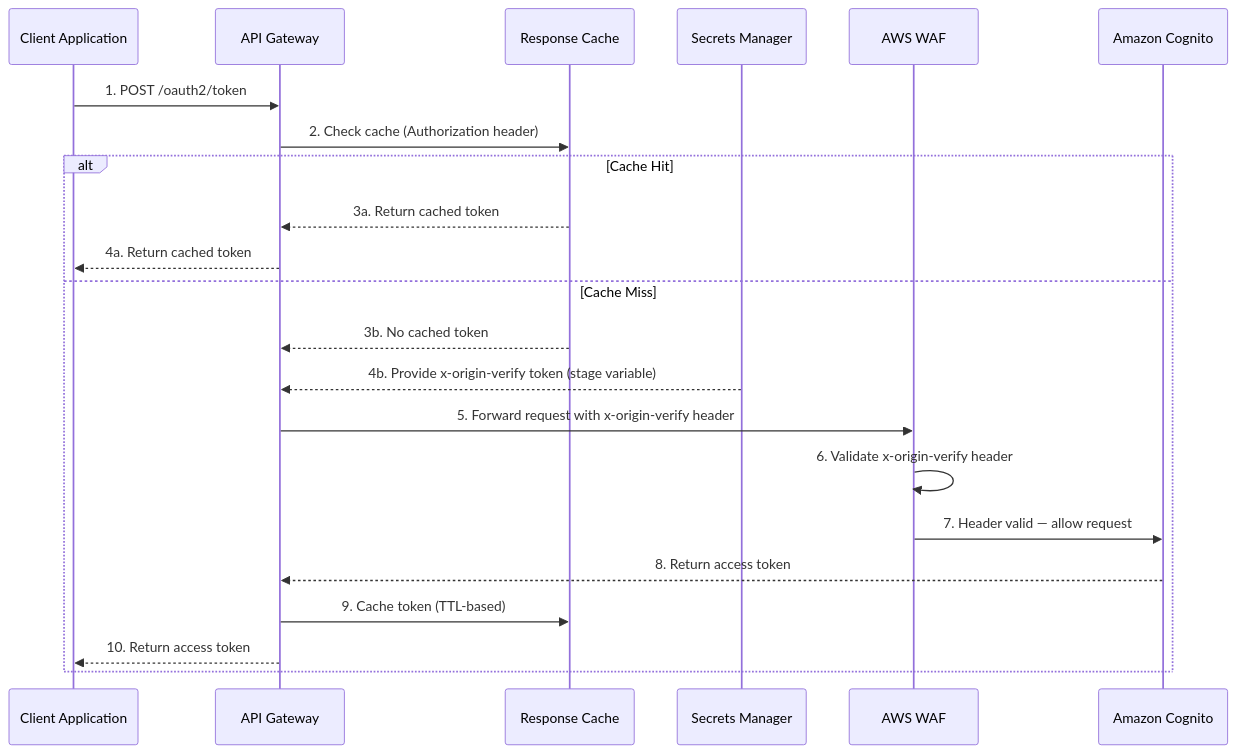
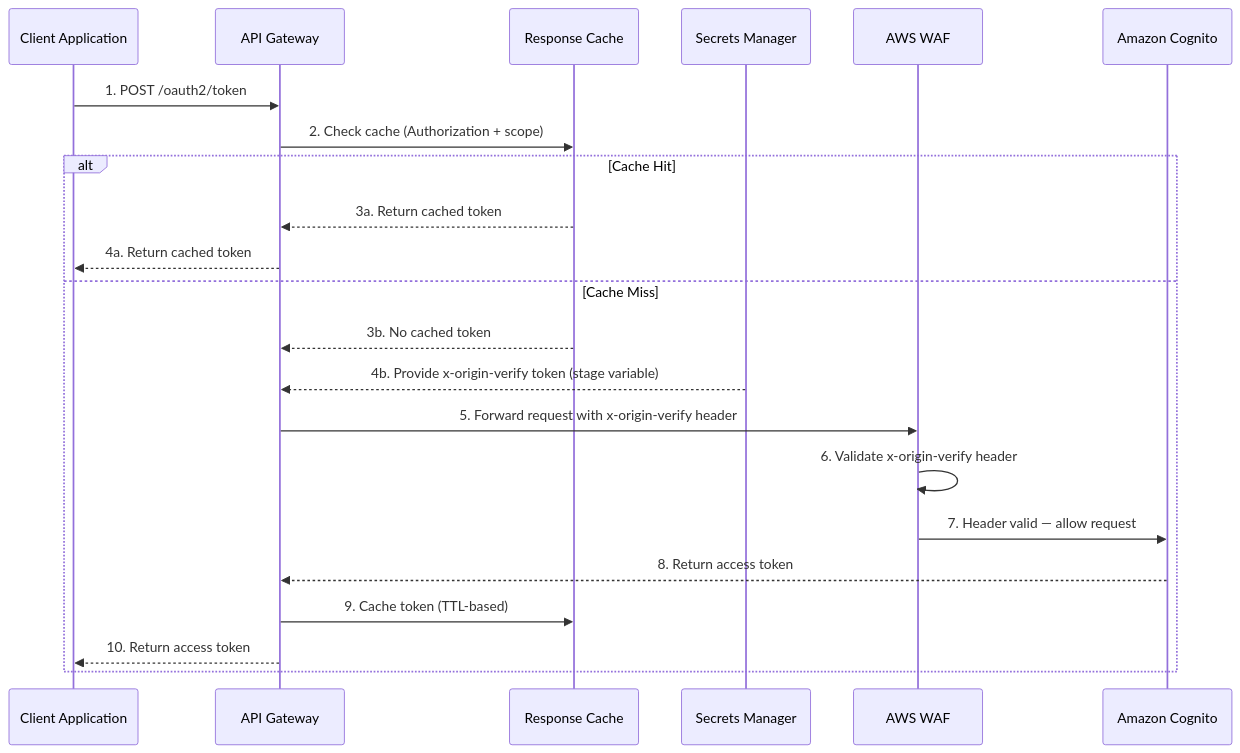
One commit to aws-samples/sample-cognito-m2m-token-cache-on-aws changed the second of 2 diagrams in README.md. Above: the diagram before and after it, drawn with Mermaid. The commit also changed other lines of this file and 4 other files, not shown here.

First line of the commit message:
Add scope to cache key, make WAF mandatory, remove CloudFormation template

````diff
--- a/README.md
+++ b/README.md
@@ -100,25 +72,25 @@
 ```mermaid
 sequenceDiagram
     participant Client as Client Application
     participant APIGW as API Gateway
     participant Cache as Response Cache
     participant SM as Secrets Manager
     participant WAF as AWS WAF
     participant Cognito as Amazon Cognito
 
     Client->>APIGW: 1. POST /oauth2/token
-    APIGW->>Cache: 2. Check cache (Authorization header)
+    APIGW->>Cache: 2. Check cache (Authorization + scope)
     alt Cache Hit
         Cache-->>APIGW: 3a. Return cached token
         APIGW-->>Client: 4a. Return cached token
     else Cache Miss
         Cache-->>APIGW: 3b. No cached token
         SM-->>APIGW: 4b. Provide x-origin-verify token (stage variable)
         APIGW->>WAF: 5. Forward request with x-origin-verify header
         WAF->>WAF: 6. Validate x-origin-verify header
         WAF->>Cognito: 7. Header valid — allow request
         Cognito-->>APIGW: 8. Return access token
         APIGW->>Cache: 9. Cache token (TTL-based)
         APIGW-->>Client: 10. Return access token
     end
 ```
````
